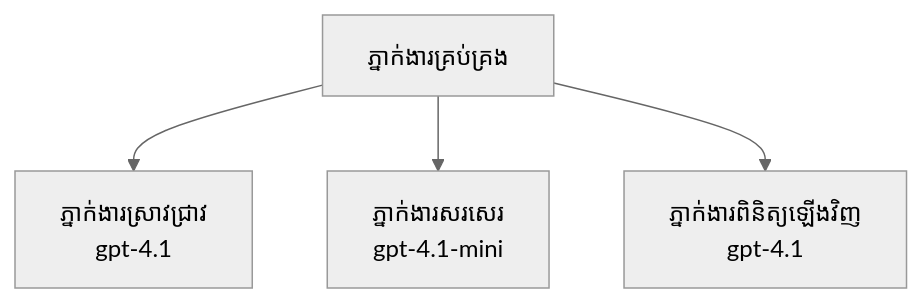
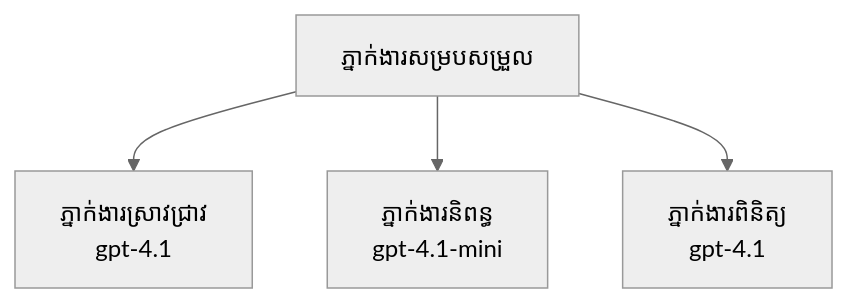
The third of 3 diagrams in translations/km/docs/chapter-02-ai-development/agents.md (microsoft/AZD-for-beginners), drawn with Mermaid (neutral theme) before and after one commit. The commit also changed other lines of this file and 34 other files, not shown here.

````diff
--- a/translations/km/docs/chapter-02-ai-development/agents.md
+++ b/translations/km/docs/chapter-02-ai-development/agents.md
@@ -194,6 +201,6 @@
 ```mermaid
 graph TD
-    Orchestrator[ភ្នាក់ងារគ្រប់គ្រង] --> Research[ភ្នាក់ងារស្រាវជ្រាវ<br/>gpt-4.1]
-    Orchestrator --> Writer[ភ្នាក់ងារសរសេរ<br/>gpt-4.1-mini]
-    Orchestrator --> Reviewer[ភ្នាក់ងារពិនិត្យឡើងវិញ<br/>gpt-4.1]
-```  
+    Orchestrator[ភ្នាក់ងារ​សម្របសម្រួល] --> Research[ភ្នាក់ងារ​ស្រាវជ្រាវ<br/>gpt-4.1]
+    Orchestrator --> Writer[ភ្នាក់ងារ​និពន្ធ<br/>gpt-4.1-mini]
+    Orchestrator --> Reviewer[ភ្នាក់ងារ​ពិនិត្យ<br/>gpt-4.1]
+```
````
